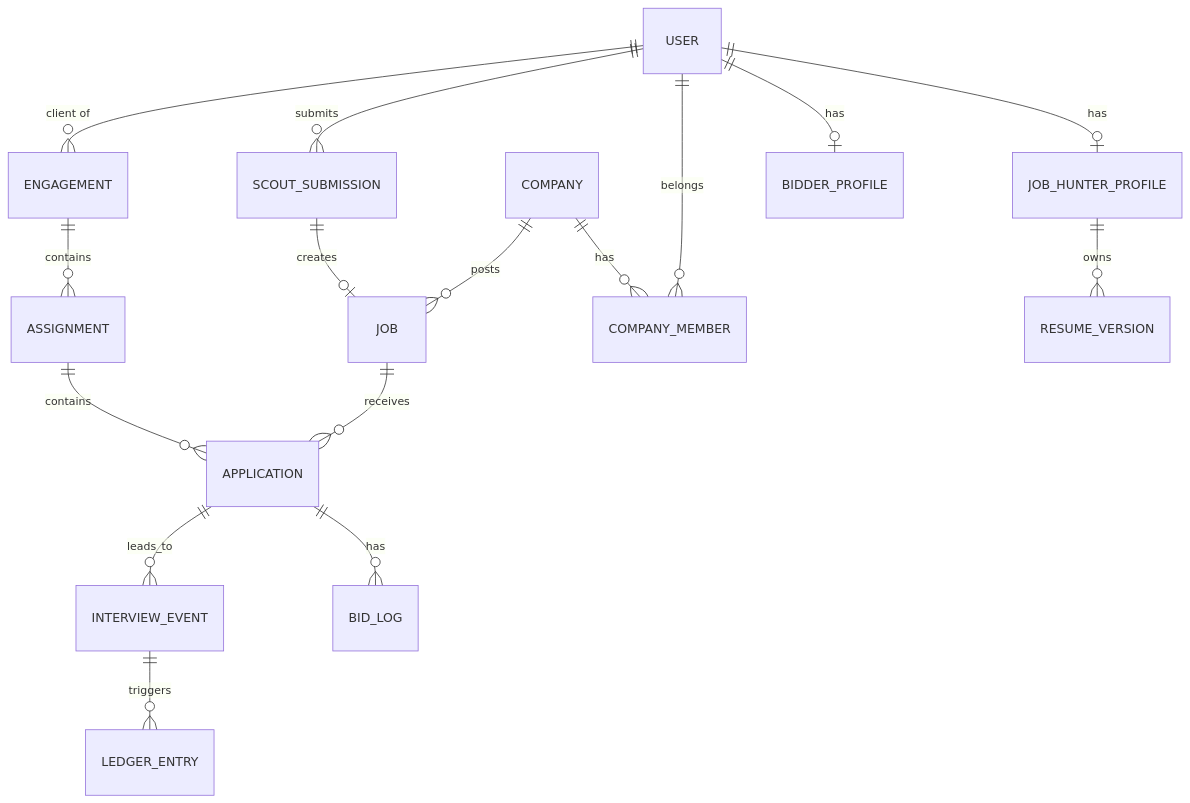
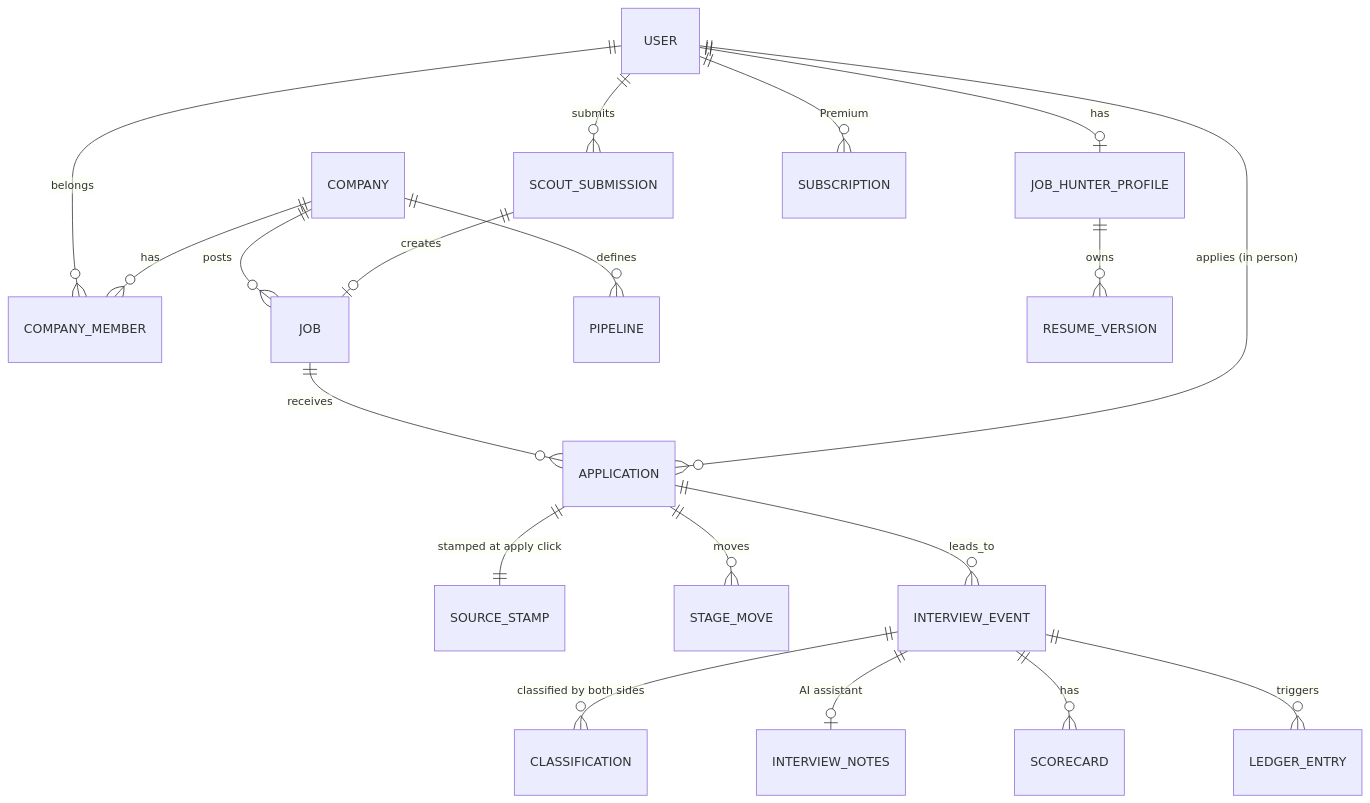
One commit to sid0709/Joined changed the first of 2 diagrams in docs/03-data-model.md. Above: the diagram before and after it, drawn with Mermaid. The commit also changed other lines of this file and 35 other files, not shown here.

````diff
--- a/docs/03-data-model.md
+++ b/docs/03-data-model.md
@@ -5,18 +5,21 @@
 ```mermaid
 erDiagram
   USER ||--o| JOB_HUNTER_PROFILE : has
-  USER ||--o| BIDDER_PROFILE : has
   USER ||--o{ COMPANY_MEMBER : belongs
   COMPANY ||--o{ COMPANY_MEMBER : has
   COMPANY ||--o{ JOB : posts
+  COMPANY ||--o{ PIPELINE : defines
   USER ||--o{ SCOUT_SUBMISSION : submits
   SCOUT_SUBMISSION ||--o| JOB : creates
   JOB_HUNTER_PROFILE ||--o{ RESUME_VERSION : owns
-  USER ||--o{ ENGAGEMENT : "client of"
-  ENGAGEMENT ||--o{ ASSIGNMENT : contains
-  ASSIGNMENT ||--o{ APPLICATION : contains
   JOB ||--o{ APPLICATION : receives
-  APPLICATION ||--o{ BID_LOG : has
+  USER ||--o{ APPLICATION : "applies (in person)"
+  APPLICATION ||--|| SOURCE_STAMP : "stamped at apply click"
+  APPLICATION ||--o{ STAGE_MOVE : moves
   APPLICATION ||--o{ INTERVIEW_EVENT : leads_to
+  INTERVIEW_EVENT ||--o{ CLASSIFICATION : "classified by both sides"
+  INTERVIEW_EVENT ||--o| INTERVIEW_NOTES : "AI assistant"
+  INTERVIEW_EVENT ||--o{ SCORECARD : has
   INTERVIEW_EVENT ||--o{ LEDGER_ENTRY : triggers
+  USER ||--o{ SUBSCRIPTION : "Premium"
 ```
````
